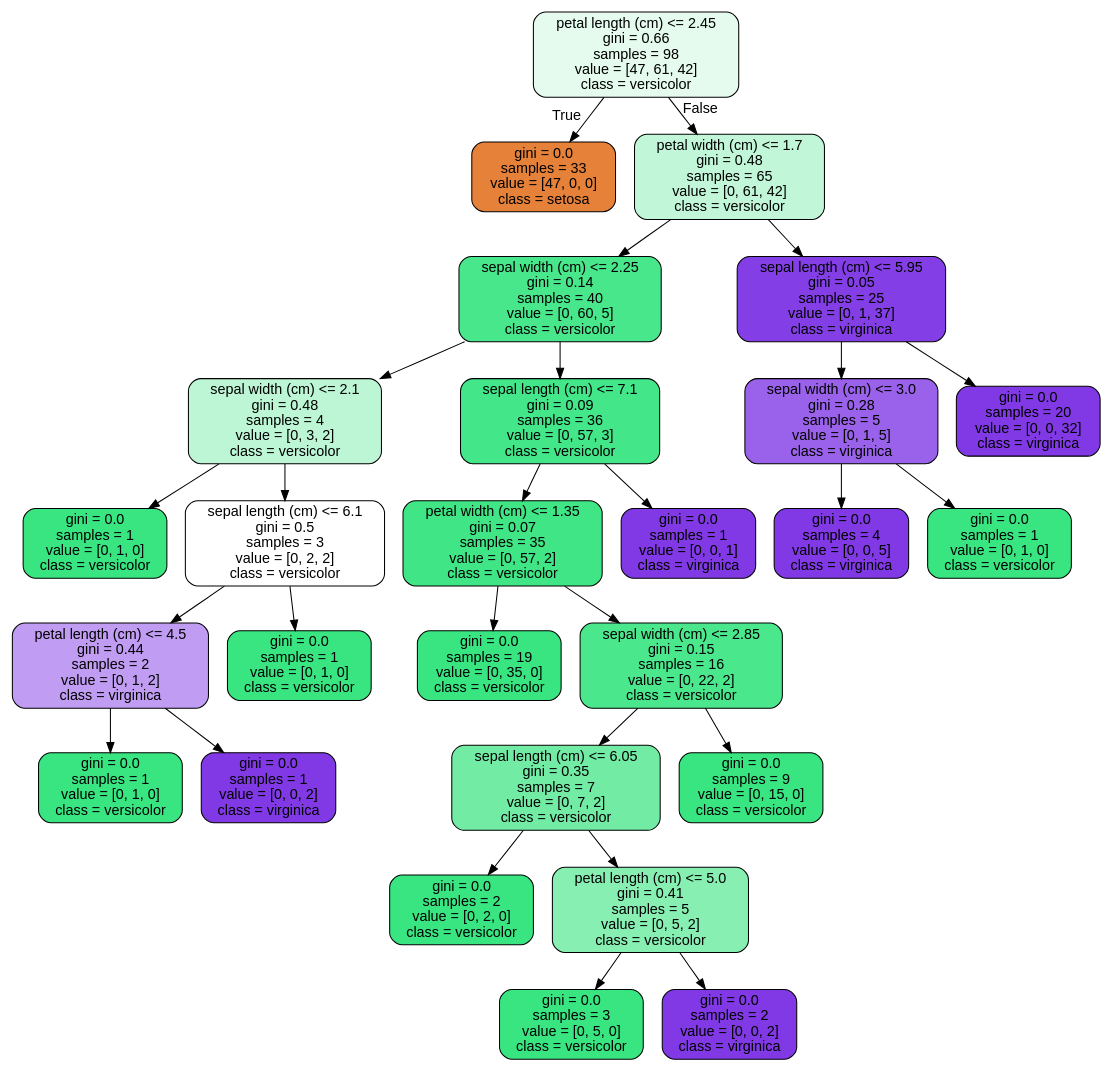
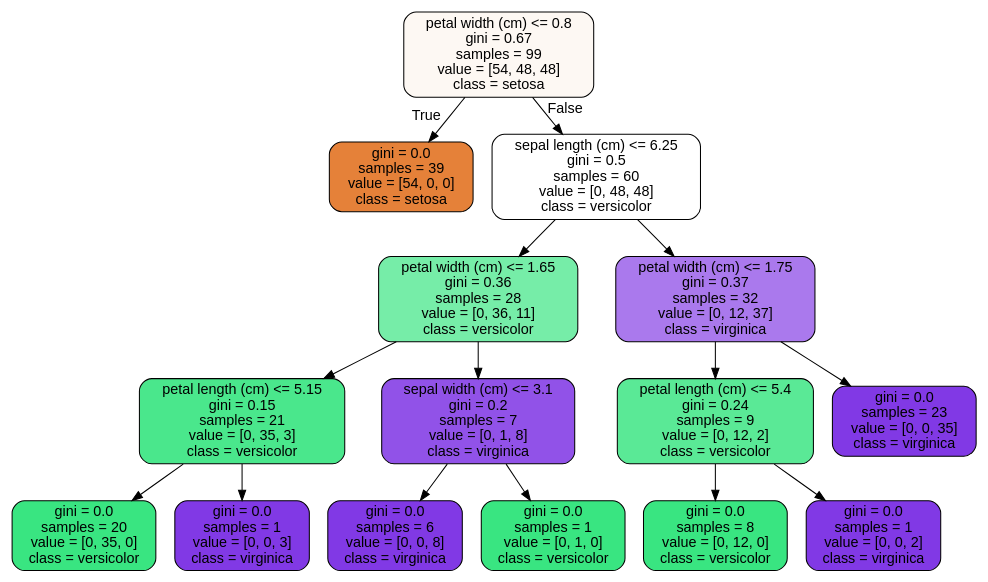
One commit to colelandolt/Random-Forest-Case-Study changed the diagram in tree.dot. Above: the diagram before and after it, drawn with Graphviz. The commit also changed 2 other files, not shown here.

```diff
--- a/tree.dot
+++ b/tree.dot
@@ -1,57 +1,33 @@
 digraph Tree {
 node [shape=box, style="filled, rounded", color="black", fontname=helvetica] ;
 edge [fontname=helvetica] ;
-0 [label="petal length (cm) <= 2.45\ngini = 0.66\nsamples = 98\nvalue = [47, 61, 42]\nclass = versicolor", fillcolor="#e4fbee"] ;
-1 [label="gini = 0.0\nsamples = 33\nvalue = [47, 0, 0]\nclass = setosa", fillcolor="#e58139"] ;
+0 [label="petal width (cm) <= 0.8\ngini = 0.67\nsamples = 99\nvalue = [54, 48, 48]\nclass = setosa", fillcolor="#fdf8f3"] ;
+1 [label="gini = 0.0\nsamples = 39\nvalue = [54, 0, 0]\nclass = setosa", fillcolor="#e58139"] ;
 0 -> 1 [labeldistance=2.5, labelangle=45, headlabel="True"] ;
-2 [label="petal width (cm) <= 1.7\ngini = 0.48\nsamples = 65\nvalue = [0, 61, 42]\nclass = versicolor", fillcolor="#c1f7d8"] ;
+2 [label="sepal length (cm) <= 6.25\ngini = 0.5\nsamples = 60\nvalue = [0, 48, 48]\nclass = versicolor", fillcolor="#ffffff"] ;
 0 -> 2 [labeldistance=2.5, labelangle=-45, headlabel="False"] ;
-3 [label="sepal width (cm) <= 2.25\ngini = 0.14\nsamples = 40\nvalue = [0, 60, 5]\nclass = versicolor", fillcolor="#49e78c"] ;
+3 [label="petal width (cm) <= 1.65\ngini = 0.36\nsamples = 28\nvalue = [0, 36, 11]\nclass = versicolor", fillcolor="#76eda8"] ;
 2 -> 3 ;
-4 [label="sepal width (cm) <= 2.1\ngini = 0.48\nsamples = 4\nvalue = [0, 3, 2]\nclass = versicolor", fillcolor="#bdf6d5"] ;
+4 [label="petal length (cm) <= 5.15\ngini = 0.15\nsamples = 21\nvalue = [0, 35, 3]\nclass = versicolor", fillcolor="#4ae78c"] ;
 3 -> 4 ;
-5 [label="gini = 0.0\nsamples = 1\nvalue = [0, 1, 0]\nclass = versicolor", fillcolor="#39e581"] ;
+5 [label="gini = 0.0\nsamples = 20\nvalue = [0, 35, 0]\nclass = versicolor", fillcolor="#39e581"] ;
 4 -> 5 ;
-6 [label="sepal length (cm) <= 6.1\ngini = 0.5\nsamples = 3\nvalue = [0, 2, 2]\nclass = versicolor", fillcolor="#ffffff"] ;
+6 [label="gini = 0.0\nsamples = 1\nvalue = [0, 0, 3]\nclass = virginica", fillcolor="#8139e5"] ;
 4 -> 6 ;
-7 [label="petal length (cm) <= 4.5\ngini = 0.44\nsamples = 2\nvalue = [0, 1, 2]\nclass = virginica", fillcolor="#c09cf2"] ;
-6 -> 7 ;
-8 [label="gini = 0.0\nsamples = 1\nvalue = [0, 1, 0]\nclass = versicolor", fillcolor="#39e581"] ;
+7 [label="sepal width (cm) <= 3.1\ngini = 0.2\nsamples = 7\nvalue = [0, 1, 8]\nclass = virginica", fillcolor="#9152e8"] ;
+3 -> 7 ;
+8 [label="gini = 0.0\nsamples = 6\nvalue = [0, 0, 8]\nclass = virginica", fillcolor="#8139e5"] ;
 7 -> 8 ;
-9 [label="gini = 0.0\nsamples = 1\nvalue = [0, 0, 2]\nclass = virginica", fillcolor="#8139e5"] ;
+9 [label="gini = 0.0\nsamples = 1\nvalue = [0, 1, 0]\nclass = versicolor", fillcolor="#39e581"] ;
 7 -> 9 ;
-10 [label="gini = 0.0\nsamples = 1\nvalue = [0, 1, 0]\nclass = versicolor", fillcolor="#39e581"] ;
-6 -> 10 ;
-11 [label="sepal length (cm) <= 7.1\ngini = 0.09\nsamples = 36\nvalue = [0, 57, 3]\nclass = versicolor", fillcolor="#43e688"] ;
-3 -> 11 ;
-12 [label="petal width (cm) <= 1.35\ngini = 0.07\nsamples = 35\nvalue = [0, 57, 2]\nclass = versicolor", fillcolor="#40e685"] ;
+10 [label="petal width (cm) <= 1.75\ngini = 0.37\nsamples = 32\nvalue = [0, 12, 37]\nclass = virginica", fillcolor="#aa79ed"] ;
+2 -> 10 ;
+11 [label="petal length (cm) <= 5.4\ngini = 0.24\nsamples = 9\nvalue = [0, 12, 2]\nclass = versicolor", fillcolor="#5ae996"] ;
+10 -> 11 ;
+12 [label="gini = 0.0\nsamples = 8\nvalue = [0, 12, 0]\nclass = versicolor", fillcolor="#39e581"] ;
 11 -> 12 ;
-13 [label="gini = 0.0\nsamples = 19\nvalue = [0, 35, 0]\nclass = versicolor", fillcolor="#39e581"] ;
-12 -> 13 ;
-14 [label="sepal width (cm) <= 2.85\ngini = 0.15\nsamples = 16\nvalue = [0, 22, 2]\nclass = versicolor", fillcolor="#4be78c"] ;
-12 -> 14 ;
-15 [label="sepal length (cm) <= 6.05\ngini = 0.35\nsamples = 7\nvalue = [0, 7, 2]\nclass = versicolor", fillcolor="#72eca5"] ;
-14 -> 15 ;
-16 [label="gini = 0.0\nsamples = 2\nvalue = [0, 2, 0]\nclass = versicolor", fillcolor="#39e581"] ;
-15 -> 16 ;
-17 [label="petal length (cm) <= 5.0\ngini = 0.41\nsamples = 5\nvalue = [0, 5, 2]\nclass = versicolor", fillcolor="#88efb3"] ;
-15 -> 17 ;
-18 [label="gini = 0.0\nsamples = 3\nvalue = [0, 5, 0]\nclass = versicolor", fillcolor="#39e581"] ;
-17 -> 18 ;
-19 [label="gini = 0.0\nsamples = 2\nvalue = [0, 0, 2]\nclass = virginica", fillcolor="#8139e5"] ;
-17 -> 19 ;
-20 [label="gini = 0.0\nsamples = 9\nvalue = [0, 15, 0]\nclass = versicolor", fillcolor="#39e581"] ;
-14 -> 20 ;
-21 [label="gini = 0.0\nsamples = 1\nvalue = [0, 0, 1]\nclass = virginica", fillcolor="#8139e5"] ;
-11 -> 21 ;
-22 [label="sepal length (cm) <= 5.95\ngini = 0.05\nsamples = 25\nvalue = [0, 1, 37]\nclass = virginica", fillcolor="#843ee6"] ;
-2 -> 22 ;
-23 [label="sepal width (cm) <= 3.0\ngini = 0.28\nsamples = 5\nvalue = [0, 1, 5]\nclass = virginica", fillcolor="#9a61ea"] ;
-22 -> 23 ;
-24 [label="gini = 0.0\nsamples = 4\nvalue = [0, 0, 5]\nclass = virginica", fillcolor="#8139e5"] ;
-23 -> 24 ;
-25 [label="gini = 0.0\nsamples = 1\nvalue = [0, 1, 0]\nclass = versicolor", fillcolor="#39e581"] ;
-23 -> 25 ;
-26 [label="gini = 0.0\nsamples = 20\nvalue = [0, 0, 32]\nclass = virginica", fillcolor="#8139e5"] ;
-22 -> 26 ;
+13 [label="gini = 0.0\nsamples = 1\nvalue = [0, 0, 2]\nclass = virginica", fillcolor="#8139e5"] ;
+11 -> 13 ;
+14 [label="gini = 0.0\nsamples = 23\nvalue = [0, 0, 35]\nclass = virginica", fillcolor="#8139e5"] ;
+10 -> 14 ;
 }
```
